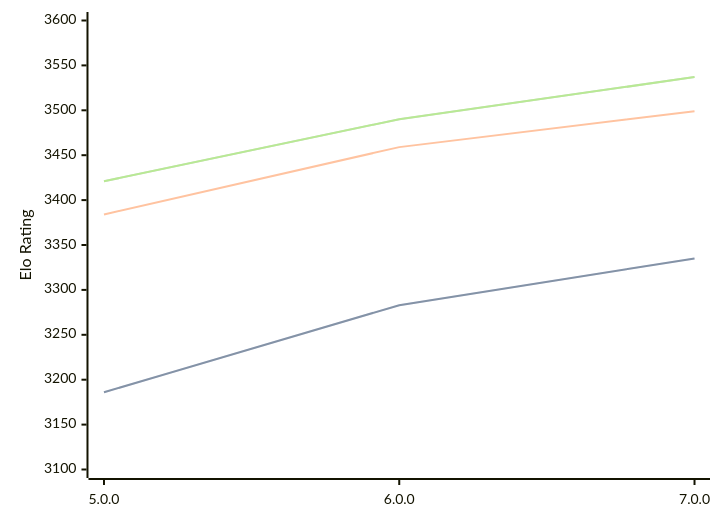
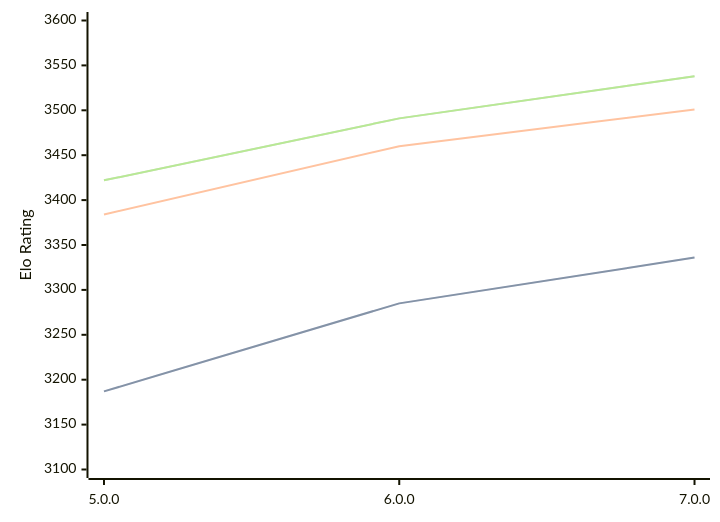
One commit to computer-chess-index/cci changed the third of 3 diagrams in engines/Stormphrax.md. Above: the diagram before and after it, drawn with Mermaid. The commit also changed other lines of this file, not shown here.

Commit message:
Update CCI Ratings (ELO VLTC) - 2026-06-23

````diff
--- a/engines/Stormphrax.md
+++ b/engines/Stormphrax.md
@@ -71,11 +71,11 @@
 ```mermaid
 %%{init: {"theme":"base","themeVariables":{"seriesColors:['#a3a3a3','#222221','#faa371']}}}%%
 xychart-beta
   x-axis ["5.0.0", "6.0.0", "7.0.0"]
   y-axis "Elo Rating" 3100 --> 3600
-  line "STC (8.0+0.08s)" [3186, 3283, 3335]
-  line "STC (8.0+0.08s)" [3186, 3283, 3335]
-  line "LTC (60.0+0.60s)" [3384, 3459, 3499]
-  line "VLTC (2m24s+1.12s)" [3421, 3490, 3537]
-  line "VLTC (2m24s+1.12s)" [3421, 3490, 3537]
+  line "STC (8.0+0.08s)" [3187, 3285, 3336]
+  line "STC (8.0+0.08s)" [3187, 3285, 3336]
+  line "LTC (60.0+0.60s)" [3384, 3460, 3501]
+  line "VLTC (2m24s+1.12s)" [3422, 3491, 3538]
+  line "VLTC (2m24s+1.12s)" [3422, 3491, 3538]
 ```
````
